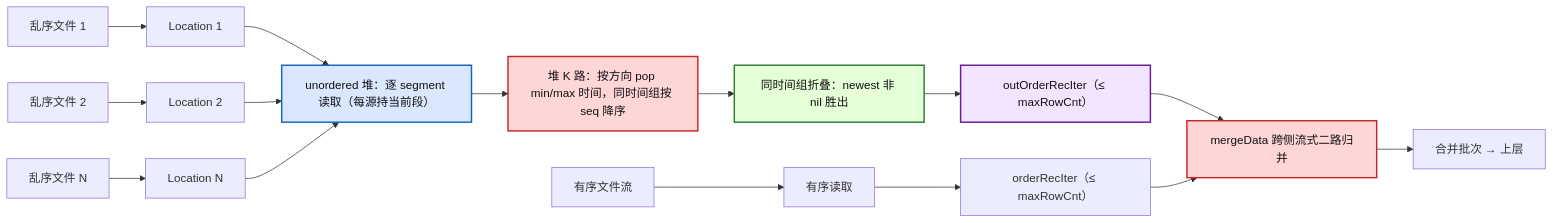
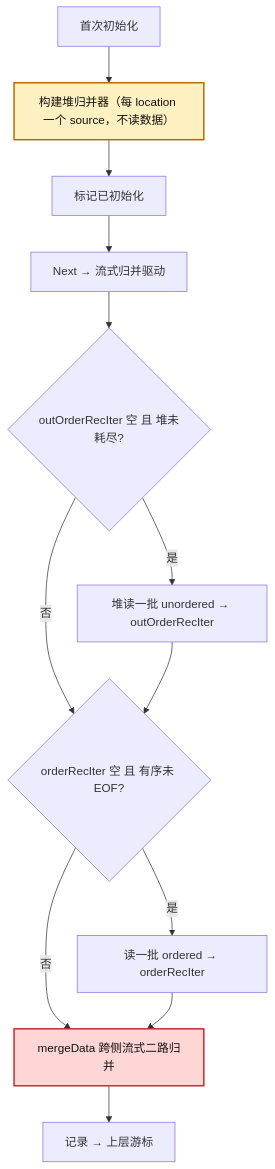
The third of 4 diagrams in tsmMergeCursor_unordered_merge_proposal.md (zhiwangdu/openGemini), drawn with Mermaid before and after one commit. The commit also changed other lines of this file, not shown here.

First line of the commit message:
docs: restructure unordered merge proposal into two-step strategy

````diff
--- a/tsmMergeCursor_unordered_merge_proposal.md
+++ b/tsmMergeCursor_unordered_merge_proposal.md
@@ -439,30 +400,19 @@
 ```mermaid
-flowchart LR
-    U1["乱序文件 1"] --> L1["Location 1"]
-    U2["乱序文件 2"] --> L2["Location 2"]
-    UN["乱序文件 N"] --> LN["Location N"]
+flowchart TD
+    A["首次初始化"] --> R["构建堆归并器（每 location 一个 source，不读数据）"]
+    R --> T["标记已初始化"]
+    T --> N["Next → 流式归并驱动"]
+    N --> U1{"outOrderRecIter 空 且 堆未耗尽?"}
+    U1 -- "是" --> U2["堆读一批 unordered → outOrderRecIter"]
+    U1 -- "否" --> U3
+    U2 --> U3{"orderRecIter 空 且 有序未 EOF?"}
+    U3 -- "是" --> U4["读一批 ordered → orderRecIter"]
+    U3 -- "否" --> MD
+    U4 --> MD["mergeData 跨侧流式二路归并"]
+    MD --> OUT["记录 → 上层游标"]
 
-    L1 --> W["unordered 堆：逐 segment 读取（每源持当前段）"]
-    L2 --> W
-    LN --> W
-    W --> H["堆 K 路：按方向 pop min/max 时间，同时间组按 seq 降序"]
-    H --> SG["同时间组折叠：newest 非 nil 胜出"]
-    SG --> RB["outOrderRecIter（≤ maxRowCnt）"]
-
-    OF["有序文件流"] --> OC["有序读取"]
-    OC --> OR["orderRecIter（≤ maxRowCnt）"]
-
-    RB --> MD["mergeData 跨侧流式二路归并"]
-    OR --> MD
-    MD --> OUT["合并批次 → 上层"]
-
-    W:::io
-    H:::hot
-    SG:::cpu
-    RB:::mem
+    R:::amp
     MD:::hot
     classDef hot fill:#ffd6d6,stroke:#c62828,stroke-width:2px,color:#111;
-    classDef io fill:#d9e8ff,stroke:#1565c0,stroke-width:2px,color:#111;
-    classDef cpu fill:#e5ffd8,stroke:#2e7d32,stroke-width:2px,color:#111;
-    classDef mem fill:#f3e5ff,stroke:#6a1b9a,stroke-width:2px,color:#111;
+    classDef amp fill:#fff0c2,stroke:#b26a00,stroke-width:2px,color:#111;
 ```
````
